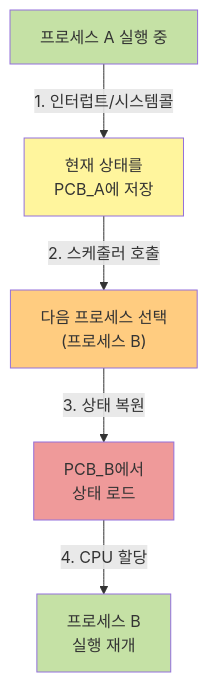
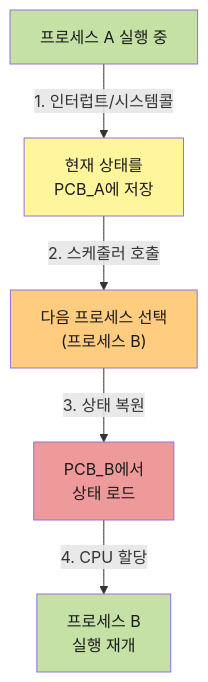
Before and after one commit to Cllaude99/cllaude99_labs: diagram 14 of 22 in apps/devblog/content/posts/operating-system.mdx, drawn with Mermaid. The commit also changed other lines of this file, not shown here.

First line of the commit message:
fix: 다크 모드에서 머메이드 다이어그램의 텍스트 색상 추가

````diff
--- a/apps/devblog/content/posts/operating-system.mdx
+++ b/apps/devblog/content/posts/operating-system.mdx
@@ -672,13 +672,13 @@
 ```mermaid
 graph TB
     Start["프로세스 A 실행 중"] -->|1. 인터럽트/시스템콜| Save["현재 상태를<br/>PCB_A에 저장"]
     Save -->|2. 스케줄러 호출| Schedule["다음 프로세스 선택<br/>(프로세스 B)"]
     Schedule -->|3. 상태 복원| Load["PCB_B에서<br/>상태 로드"]
     Load -->|4. CPU 할당| Run["프로세스 B<br/>실행 재개"]
 
-    style Start fill:#c5e1a5
-    style Save fill:#fff59d
-    style Schedule fill:#ffcc80
-    style Load fill:#ef9a9a
-    style Run fill:#c5e1a5
+    style Start fill:#c5e1a5,color:#1a1a1a
+    style Save fill:#fff59d,color:#1a1a1a
+    style Schedule fill:#ffcc80,color:#1a1a1a
+    style Load fill:#ef9a9a,color:#1a1a1a
+    style Run fill:#c5e1a5,color:#1a1a1a
 ```
````
